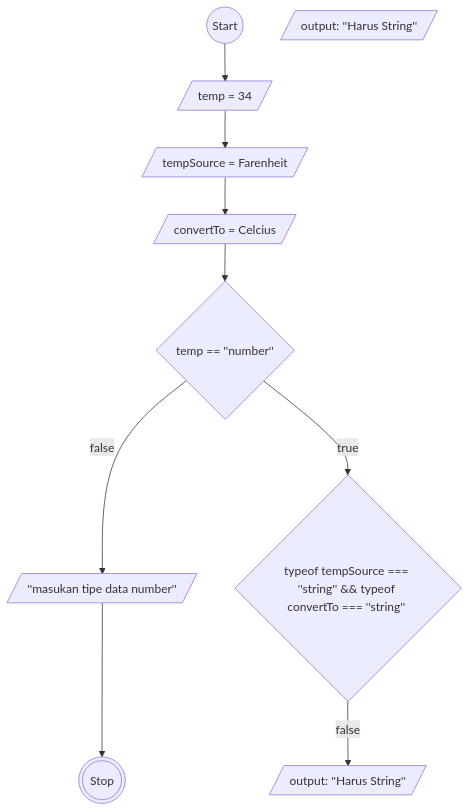
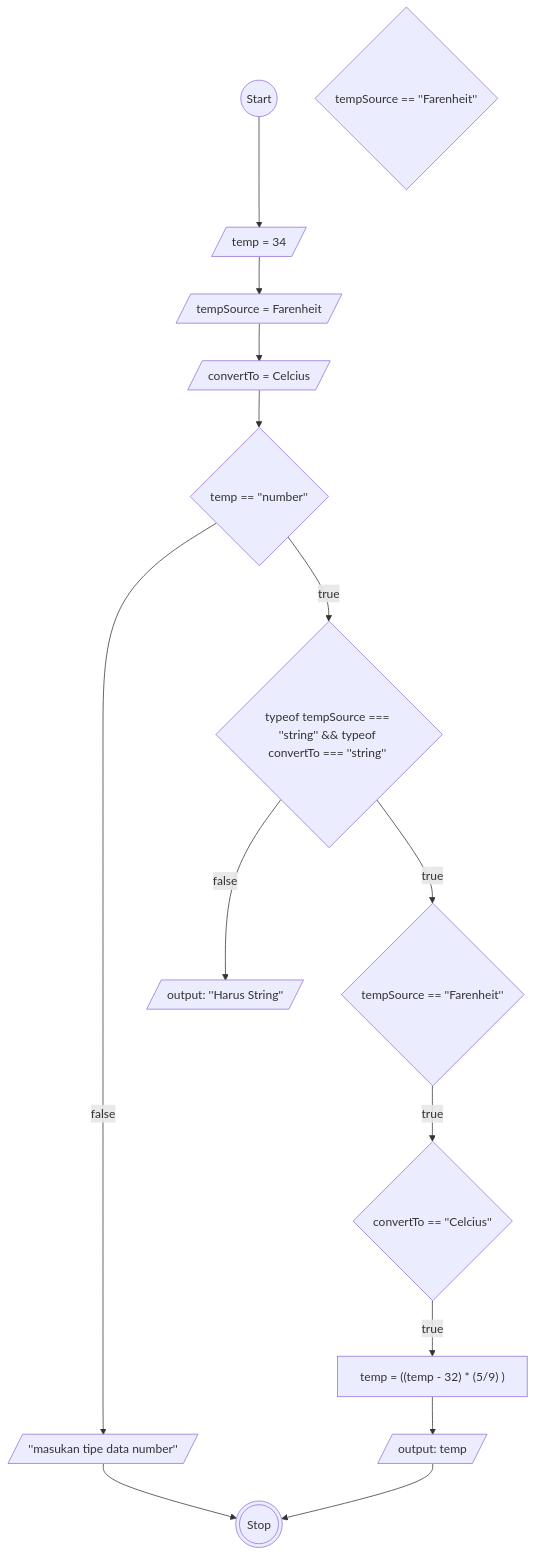
Before and after one commit to AbiPasundan/koda-b6-javascript1: the diagram in task4.md, drawn with Mermaid.

````diff
--- a/task4.md
+++ b/task4.md
@@ -5,24 +5,31 @@
 ```mermaid
     flowchart TB
         Start@{ shape: circ, label: "Start"}
 
         temp@{ shape: lean-r, label: "temp = 34"}
         tempSource@{ shape: lean-r, label: "tempSource = Farenheit"}
         convertTo@{ shape: lean-r, label:  "convertTo = Celcius"}
 
         validation@{ shape: diamond, label:  "temp == ''number''"}
         outputerr@{ shape: lean-r, label:  "''masukan tipe data number''"}
 
         isString@{ shape: diamond, label:  "typeof tempSource === ''string'' && typeof convertTo === ''string'' "}
         isStringFalse@{ shape: lean-r, label:  "output: ''Harus String''"}
 
-        isStringTrue@{ shape: lean-r, label:  "output: ''Harus String''"}
+        isStringTrue@{ shape: diamond, label:  "tempSource == ''Farenheit''"}
+        isStringTrueF@{ shape: diamond, label:  "tempSource == ''Farenheit''"}
+
+        isStringTrueFC@{ shape: diamond, label:  "convertTo == ''Celcius''"}
+        isStringTrueFCVar@{ shape: rect, label:  "temp = ((temp - 32) * (5/9) )"}
+        isStringTrueFCOut@{ shape: lean-r, label:  "output: temp"}
 
         Stop@{ shape: dbl-circ, label: "Stop"}
 
         Start-->temp-->tempSource-->convertTo-->validation-->|false|outputerr-->Stop
 
         validation-- true -->isString -- false --> isStringFalse
+        
+        isString-- true --> isStringTrue -- true -->isStringTrueFC -- true -->isStringTrueFCVar-->isStringTrueFCOut-->Stop
 
         isString
 ```
````
